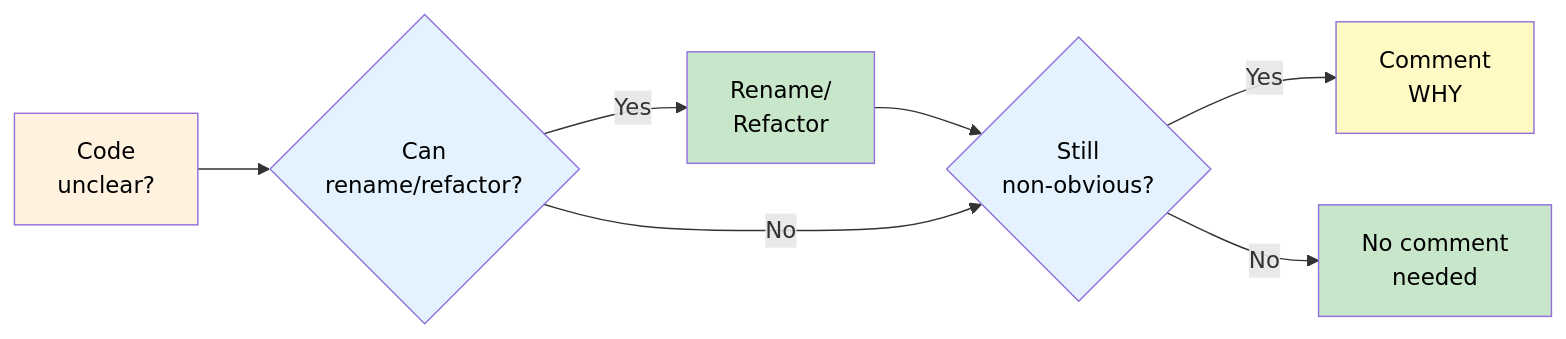
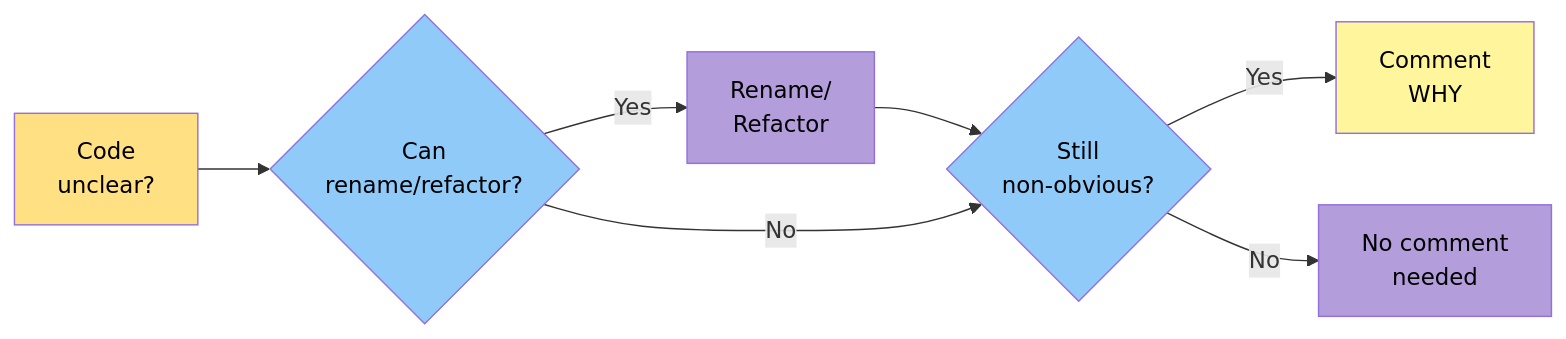
The second of 4 diagrams in index.qmd (IndrajeetPatil/to-comment-or-not), drawn with Mermaid before and after one commit. The commit also changed other lines of this file and 1 other file, not shown here.

````diff
--- a/index.qmd
+++ b/index.qmd
@@ -608,18 +582,18 @@
 ```{mermaid}
 %%| eval: true
 %%| echo: false
 flowchart LR
     A[Code<br/>unclear?] --> B{Can<br/>rename/refactor?}
     B -->|Yes| C[Rename/<br/>Refactor]
     C --> D{Still<br/>non-obvious?}
     B -->|No| D
     D -->|Yes| E[Comment<br/>WHY]
     D -->|No| F[No comment<br/>needed]
 
-    style A fill:#fff3e0,color:#000
-    style B fill:#e3f2fd,color:#000
-    style C fill:#c8e6c9,color:#000
-    style D fill:#e3f2fd,color:#000
-    style E fill:#fff9c4,color:#000
-    style F fill:#c8e6c9,color:#000
+    style A fill:#FFE082,color:#000
+    style B fill:#90CAF9,color:#000
+    style C fill:#B39DDB,color:#000
+    style D fill:#90CAF9,color:#000
+    style E fill:#FFF59D,color:#000
+    style F fill:#B39DDB,color:#000
 ```
````
